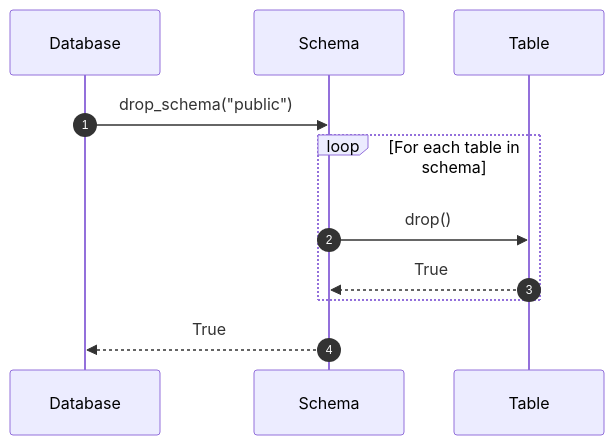
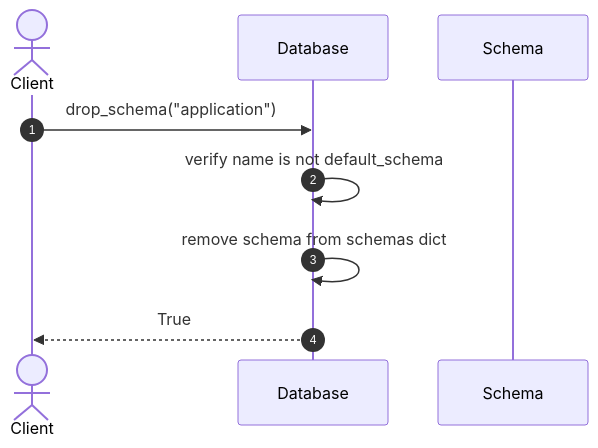
Before and after one commit to taitran501/DBMS: the fifth of 7 diagrams in docs/diagrams/sequence/design_patterns/database_object.md, drawn with Mermaid. The commit also changed other lines of this file and 2 other files, not shown here.

Commit message:
docs(database_object): add Composite Pattern class and sequence diagrams

````diff
--- a/docs/diagrams/sequence/design_patterns/database_object.md
+++ b/docs/diagrams/sequence/design_patterns/database_object.md
@@ -124,14 +124,12 @@
 ```mermaid
 sequenceDiagram
     autonumber
+    actor Client
     participant Database
     participant Schema
-    participant Table
 
-    Database->>Schema: drop_schema("public")
-    loop For each table in schema
-        Schema->>Table: drop()
-        Table-->>Schema: True
-    end
-    Schema-->>Database: True
+    Client->>Database: drop_schema("application")
+    Database->>Database: verify name is not default_schema
+    Database->>Database: remove schema from schemas dict
+    Database-->>Client: True
 ```
````
